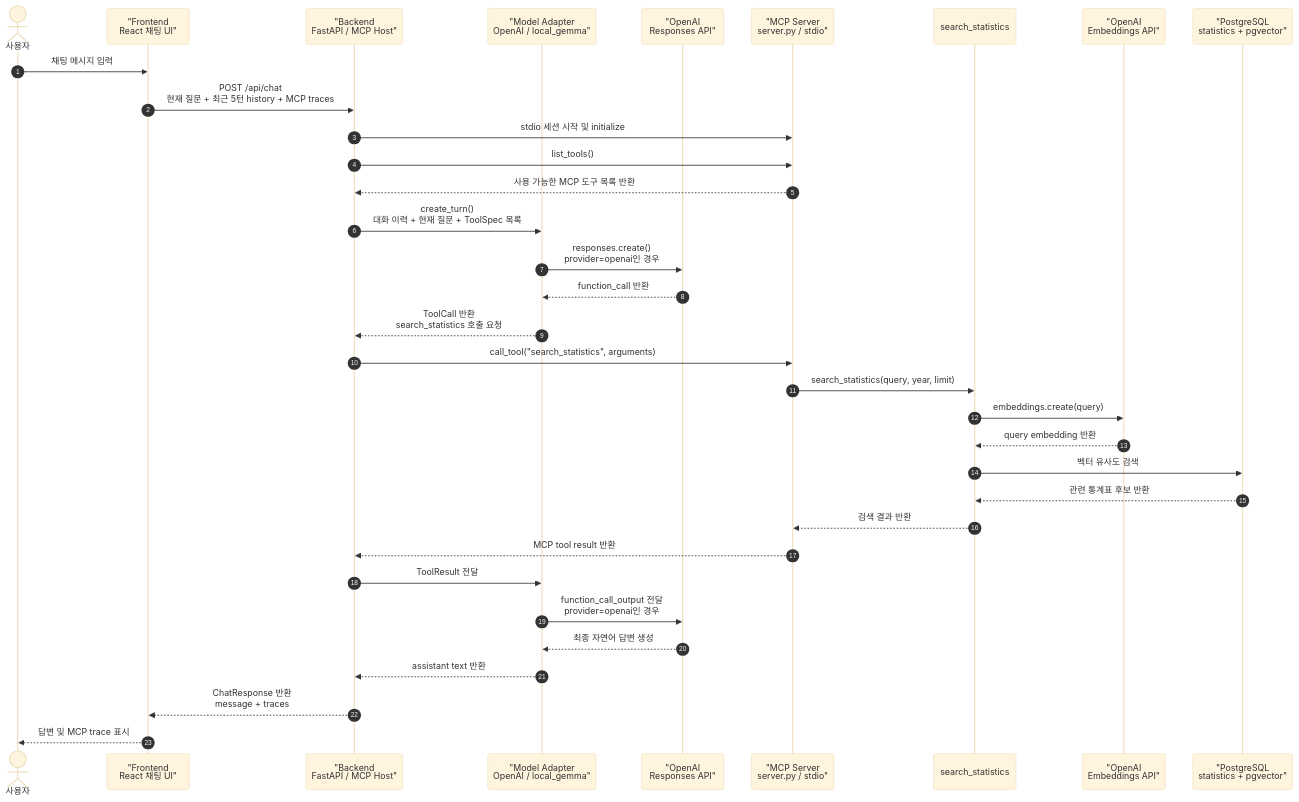
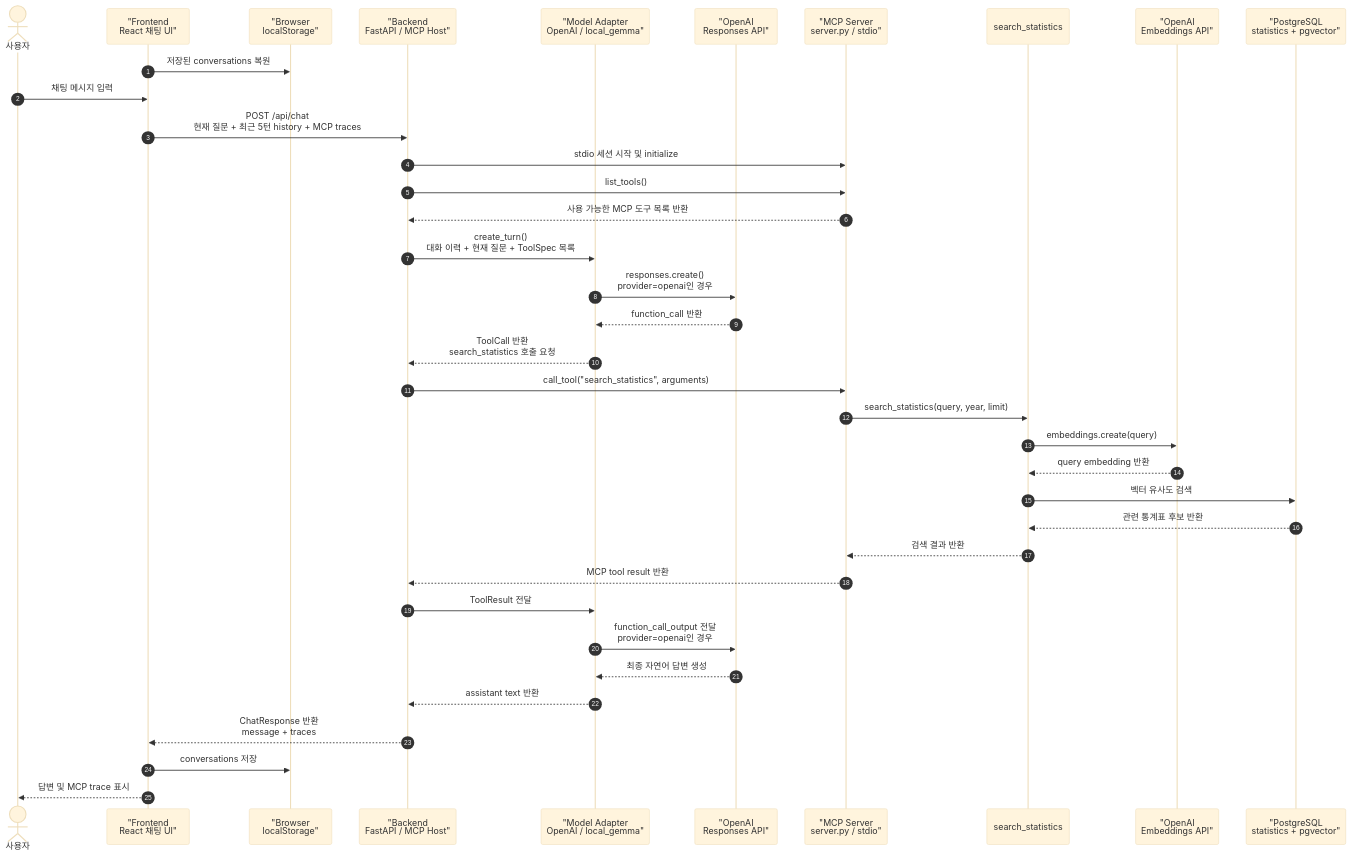
The diagram in docs/chat-flow.md (MOIS-2026-Intern/statyearbook-mcp), drawn with Mermaid (base theme) before and after one commit. The commit also changed 6 other files, not shown here.

````diff
--- a/docs/chat-flow.md
+++ b/docs/chat-flow.md
@@ -3,46 +3,49 @@
 ```mermaid
 sequenceDiagram
     autonumber
 
     actor User as 사용자
     participant Frontend as "Frontend<br/>React 채팅 UI"
+    participant Store as "Browser<br/>localStorage"
     participant Backend as "Backend<br/>FastAPI / MCP Host"
     participant Model as "Model Adapter<br/>OpenAI / local_gemma"
     participant OpenAI as "OpenAI<br/>Responses API"
     participant MCP as "MCP Server<br/>server.py / stdio"
     participant Tool as search_statistics
     participant Embed as "OpenAI<br/>Embeddings API"
     participant DB as "PostgreSQL<br/>statistics + pgvector"
 
+    Frontend->>Store: 저장된 conversations 복원
     User->>Frontend: 채팅 메시지 입력
     Frontend->>Backend: POST /api/chat<br/>현재 질문 + 최근 5턴 history + MCP traces
 
     Backend->>MCP: stdio 세션 시작 및 initialize
     Backend->>MCP: list_tools()
     MCP-->>Backend: 사용 가능한 MCP 도구 목록 반환
 
     Backend->>Model: create_turn()<br/>대화 이력 + 현재 질문 + ToolSpec 목록
     Model->>OpenAI: responses.create()<br/>provider=openai인 경우
     OpenAI-->>Model: function_call 반환
     Model-->>Backend: ToolCall 반환<br/>search_statistics 호출 요청
 
     Backend->>MCP: call_tool("search_statistics", arguments)
     MCP->>Tool: search_statistics(query, year, limit)
 
     Tool->>Embed: embeddings.create(query)
     Embed-->>Tool: query embedding 반환
 
     Tool->>DB: 벡터 유사도 검색
     DB-->>Tool: 관련 통계표 후보 반환
 
     Tool-->>MCP: 검색 결과 반환
     MCP-->>Backend: MCP tool result 반환
 
     Backend->>Model: ToolResult 전달
     Model->>OpenAI: function_call_output 전달<br/>provider=openai인 경우
     OpenAI-->>Model: 최종 자연어 답변 생성
     Model-->>Backend: assistant text 반환
 
     Backend-->>Frontend: ChatResponse 반환<br/>message + traces
+    Frontend->>Store: conversations 저장
     Frontend-->>User: 답변 및 MCP trace 표시
 ```
````
